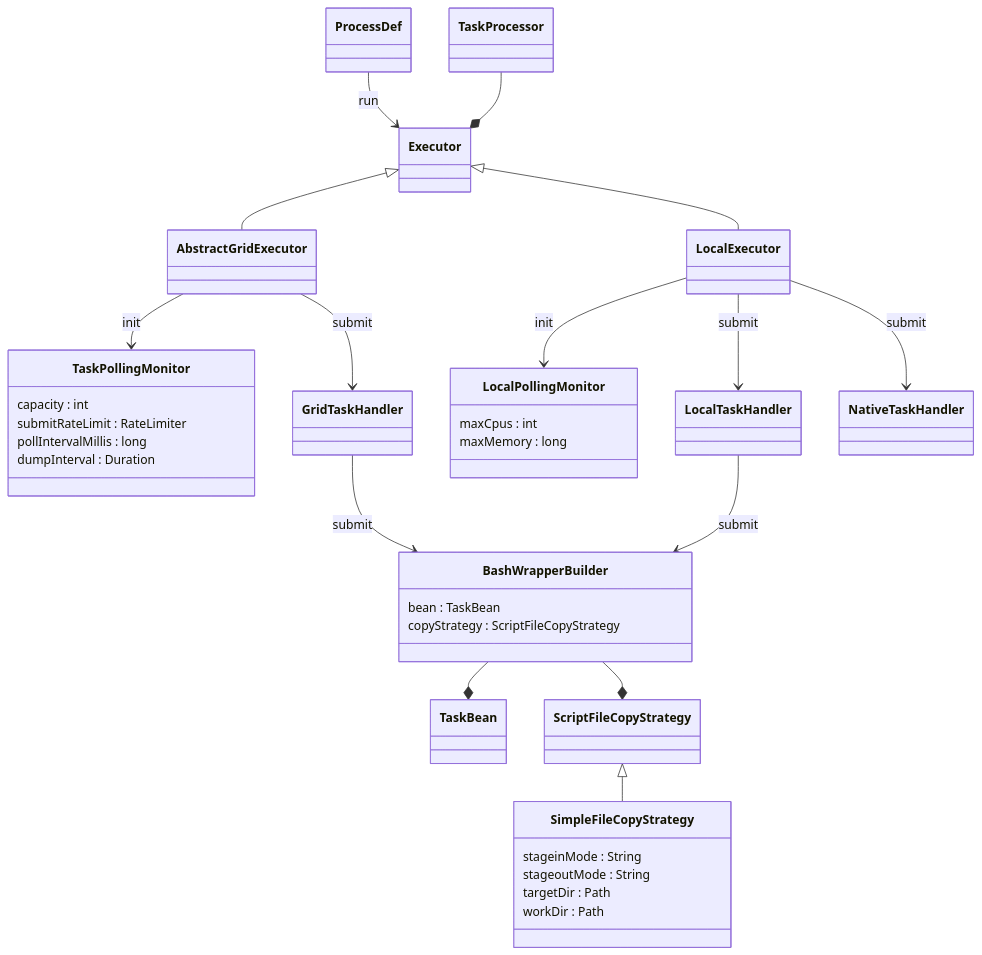
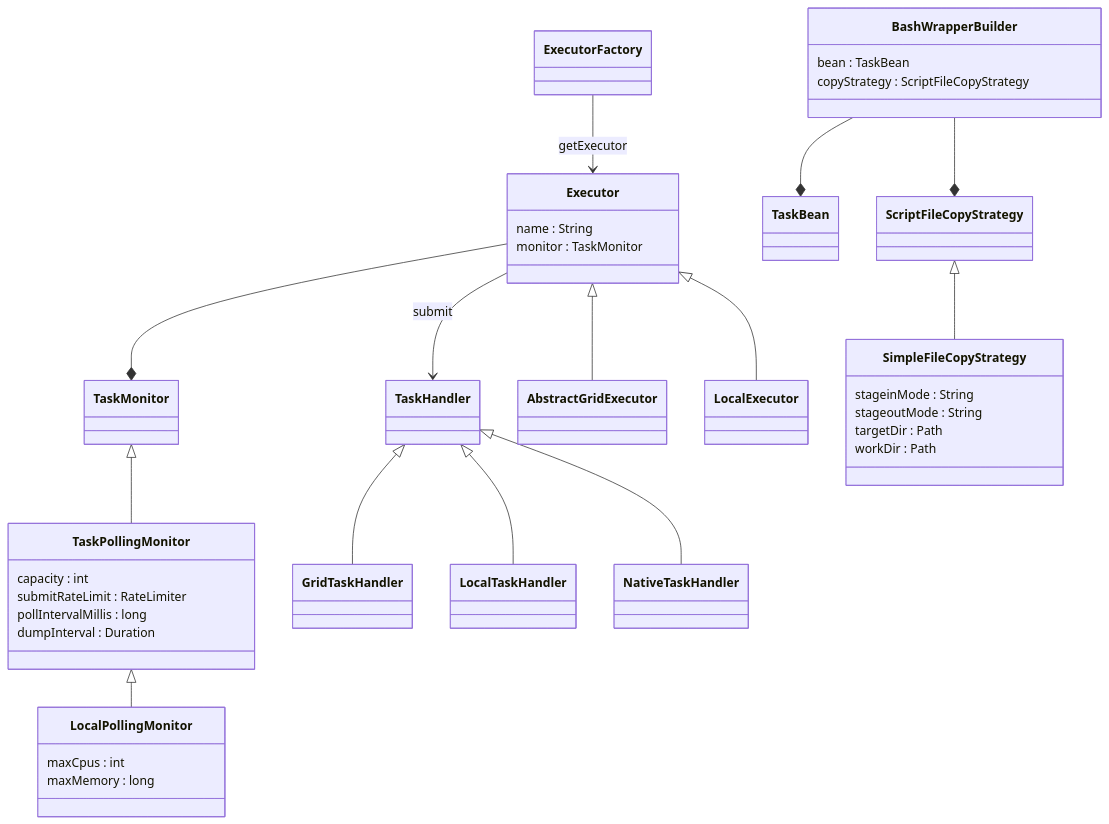
One commit to nextflow-io/nextflow changed the diagram in docs/developer/diagrams/nextflow.executor.mmd. Above: the diagram before and after it, drawn with Mermaid. The commit also changed 16 other files, not shown here.

Commit message:
Update developer diagrams

```diff
--- a/docs/developer/diagrams/nextflow.executor.mmd
+++ b/docs/developer/diagrams/nextflow.executor.mmd
@@ -1,82 +1,66 @@
 classDiagram
     %%
     %% nextflow.executor
     %%
-    ProcessDef --> Executor : run
-    %% ExecutorFactory --> Executor : getExecutor
+    ExecutorFactory --> Executor : getExecutor
 
-    TaskProcessor --* Executor
+    class Executor {
+        name : String
+        monitor : TaskMonitor
+    }
+    Executor --* TaskMonitor
+    Executor --> TaskHandler : submit
 
-    %% class Executor {
-    %%     name : String
-    %%     monitor : TaskMonitor
-    %% }
-    %% Executor --* TaskMonitor
-    %% Executor --> TaskHandler : submit
-
-    %% TaskMonitor <|-- TaskPollingMonitor
+    TaskMonitor <|-- TaskPollingMonitor
 
     class TaskPollingMonitor {
         capacity : int
         submitRateLimit : RateLimiter
         pollIntervalMillis : long
         dumpInterval : Duration
     }
 
-    %% TaskPollingMonitor <|-- LocalPollingMonitor
+    TaskPollingMonitor <|-- LocalPollingMonitor
 
     class LocalPollingMonitor {
         maxCpus : int
         maxMemory : long
     }
-
-    %% class TaskHandler {
-    %%     task : TaskRun
-    %% }
 
     Executor <|-- AbstractGridExecutor
     Executor <|-- LocalExecutor
     %% Executor <|-- NopeExecutor
     %% AbstractGridExecutor <|-- CondorExecutor
     %% AbstractGridExecutor <|-- HyperQueueExecutor
     %% AbstractGridExecutor <|-- LsfExecutor
     %% AbstractGridExecutor <|-- MoabExecutor
     %% AbstractGridExecutor <|-- NqsiiExecutor
     %% AbstractGridExecutor <|-- OarExecutor
     %% AbstractGridExecutor <|-- PbsExecutor
     %% AbstractGridExecutor <|-- SgeExecutor
     %% AbstractGridExecutor <|-- SlurmExecutor
     %% PbsExecutor <|-- PbsProExecutor
     %% SgeExecutor <|-- CrgExecutor
 
-    LocalExecutor --> LocalPollingMonitor : init
-    LocalExecutor --> LocalTaskHandler : submit
-    LocalExecutor --> NativeTaskHandler : submit
-    LocalTaskHandler --> BashWrapperBuilder : submit
-
-    AbstractGridExecutor --> TaskPollingMonitor : init
-    AbstractGridExecutor --> GridTaskHandler : submit
-    GridTaskHandler --> BashWrapperBuilder : submit
-
     %% TaskHandler <|-- CachedTaskHandler
-    %% TaskHandler <|-- GridTaskHandler
-    %% TaskHandler <|-- LocalTaskHandler
-    %% TaskHandler <|-- NativeTaskHandler
+    TaskHandler <|-- GridTaskHandler
+    TaskHandler <|-- LocalTaskHandler
+    TaskHandler <|-- NativeTaskHandler
     %% TaskHandler <|-- NopeTaskHandler
     %% TaskHandler <|-- StoredTaskHandler
 
     class BashWrapperBuilder {
         bean : TaskBean
         copyStrategy : ScriptFileCopyStrategy
     }
     BashWrapperBuilder --* TaskBean
     BashWrapperBuilder --* ScriptFileCopyStrategy
 
     ScriptFileCopyStrategy <|-- SimpleFileCopyStrategy
 
     class SimpleFileCopyStrategy {
         stageinMode : String
         stageoutMode : String
         targetDir : Path
         workDir : Path
     }
```
